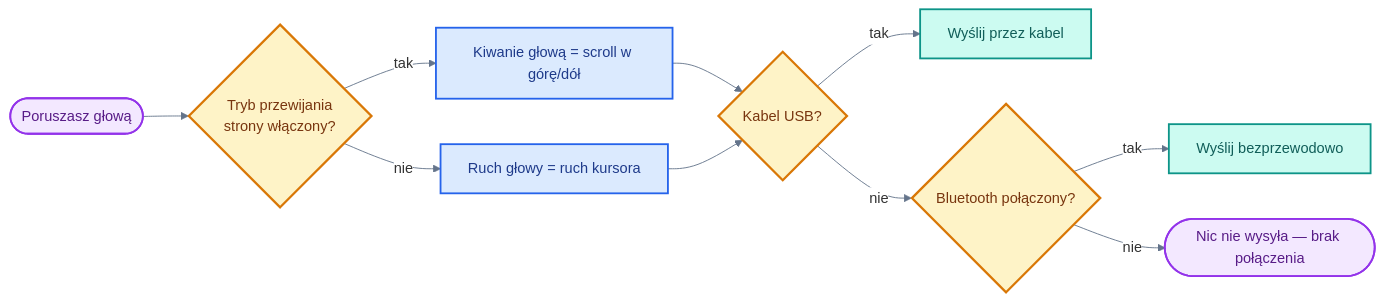
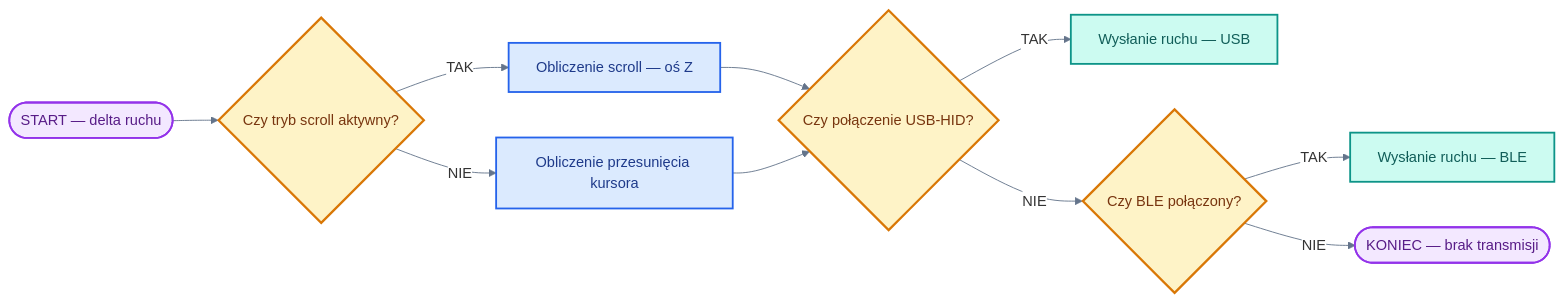
The tenth of 10 diagrams in README.md (bartkadres-ai/HEFAS-4.0), drawn with Mermaid before and after one commit. The commit also changed other lines of this file, not shown here.

````diff
--- a/README.md
+++ b/README.md
@@ -674,22 +674,22 @@
 ```mermaid
 %%{init: { 'theme': 'default', 'themeVariables': { 'darkMode': false, 'background': '#ffffff', 'mainBkg': '#ffffff', 'primaryColor': '#ffffff', 'secondaryColor': '#ffffff', 'tertiaryColor': '#ffffff', 'primaryTextColor': '#1e293b', 'secondaryTextColor': '#334155', 'lineColor': '#64748b', 'primaryBorderColor': '#94a3b8', 'clusterBkg': '#f1f5f9', 'clusterBorder': '#94a3b8', 'edgeLabelBackground': '#ffffff', 'noteBkgColor': '#f8fafc', 'noteTextColor': '#475569', 'fontFamily': 'arial' }}}%%
 flowchart LR
-    R([Poruszasz głową]) --> SC{Tryb przewijania<br/>strony włączony?}
-    SC -->|tak| WH[Kiwanie głową = scroll w górę/dół]
-    SC -->|nie| MV[Ruch głowy = ruch kursora]
-    WH --> CH{Kabel USB?}
+    R([START — delta ruchu]) --> SC{Czy tryb scroll aktywny?}
+    SC -->|TAK| WH[Obliczenie scroll — oś Z]
+    SC -->|NIE| MV[Obliczenie przesunięcia kursora]
+    WH --> CH{Czy połączenie USB-HID?}
     MV --> CH
-    CH -->|tak| UM[Wyślij przez kabel]
-    CH -->|nie| BM{Bluetooth połączony?}
-    BM -->|tak| BL[Wyślij bezprzewodowo]
-    BM -->|nie| X([Nic nie wysyła — brak połączenia])
+    CH -->|TAK| UM[Wysłanie ruchu — USB]
+    CH -->|NIE| BM{Czy BLE połączony?}
+    BM -->|TAK| BL[Wysłanie ruchu — BLE]
+    BM -->|NIE| X([KONIEC — brak transmisji])
 
     classDef startEnd fill:#f3e8ff,stroke:#9333ea,stroke-width:2px,color:#581c87
     classDef process fill:#dbeafe,stroke:#2563eb,stroke-width:2px,color:#1e3a8a
     classDef decision fill:#fef3c7,stroke:#d97706,stroke-width:2.5px,color:#78350f
     classDef connect fill:#ccfbf1,stroke:#0d9488,stroke-width:2px,color:#115e59
     class R,X startEnd
     class WH,MV process
     class SC,CH,BM decision
     class UM,BL connect
 ```
````
